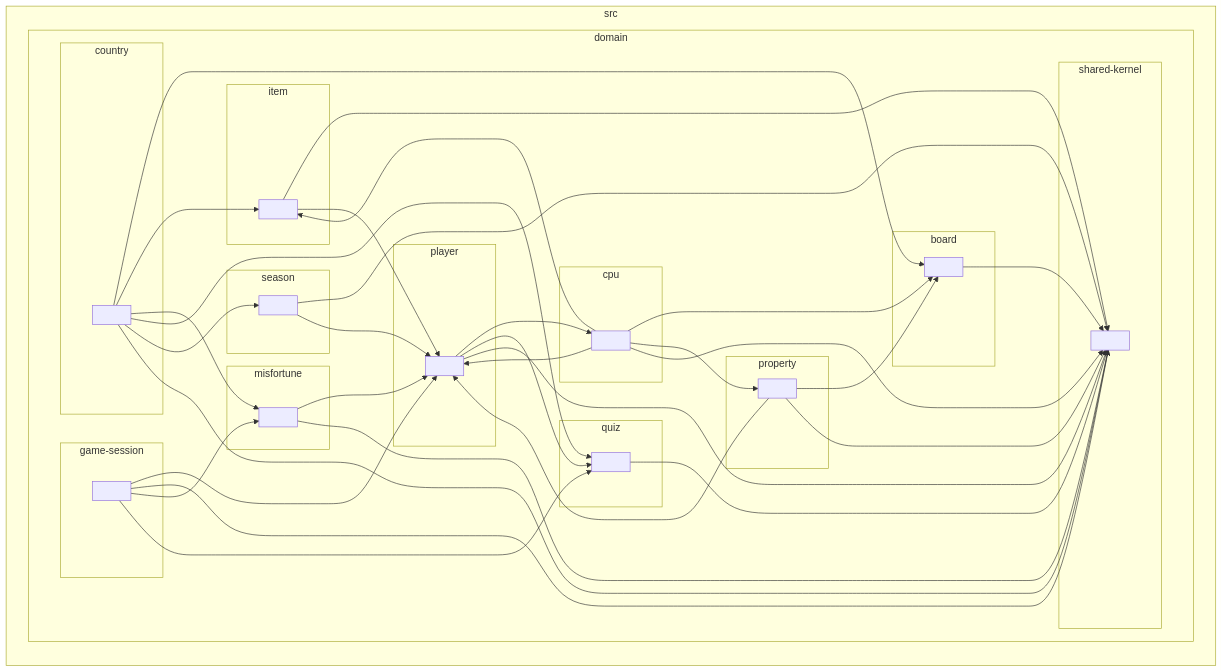
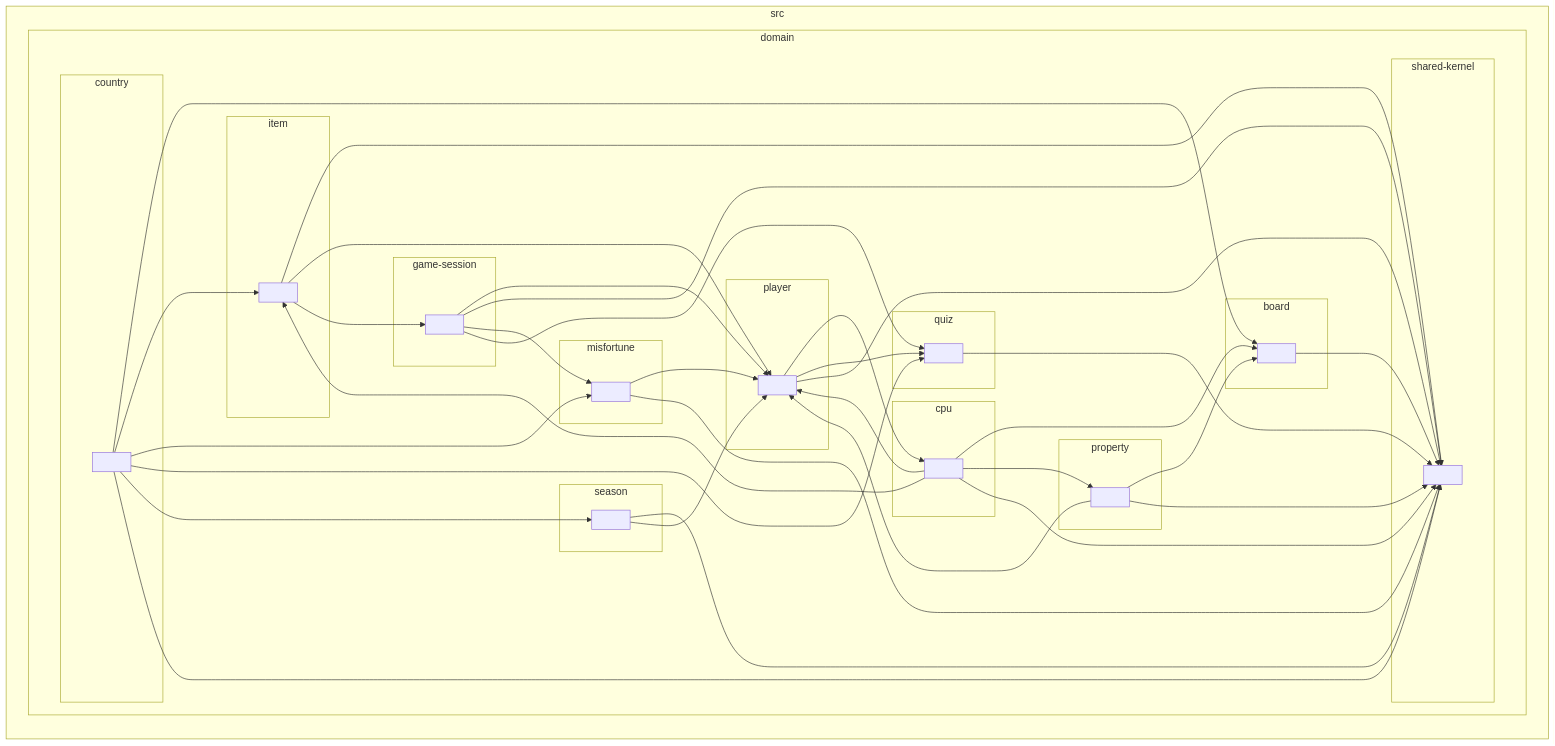
Before and after one commit to t29mato/grand-express: the third of 3 diagrams in docs/10-architecture/06-dependency-graph.md, drawn with Mermaid. The commit also changed other lines of this file and 21 other files, not shown here.

````diff
--- a/docs/10-architecture/06-dependency-graph.md
+++ b/docs/10-architecture/06-dependency-graph.md
@@ -296,70 +298,71 @@
 ```mermaid
 flowchart LR
 
 subgraph 0["src"]
 subgraph 1["domain"]
 subgraph 2["board"]
 3[" "]
 end
 subgraph 4["country"]
 5[" "]
 end
 subgraph 6["cpu"]
 7[" "]
 end
 subgraph 8["game-session"]
 9[" "]
 end
 subgraph A["item"]
 B[" "]
 end
 subgraph C["misfortune"]
 D[" "]
 end
 subgraph E["player"]
 F[" "]
 end
 subgraph G["property"]
 H[" "]
 end
 subgraph I["quiz"]
 J[" "]
 end
 subgraph K["season"]
 L[" "]
 end
 subgraph M["shared-kernel"]
 N[" "]
 end
 end
 end
 3-->N
 5-->3
 5-->B
 5-->D
 5-->J
 5-->L
 5-->N
 7-->3
 7-->F
 7-->H
 7-->N
 7-->B
 9-->F
 9-->N
 9-->D
 9-->J
 B-->N
 B-->F
+B-->9
 D-->F
 D-->N
 F-->7
 F-->J
 F-->N
 H-->3
 H-->F
 H-->N
 J-->N
 L-->N
 L-->F
 ```
````
